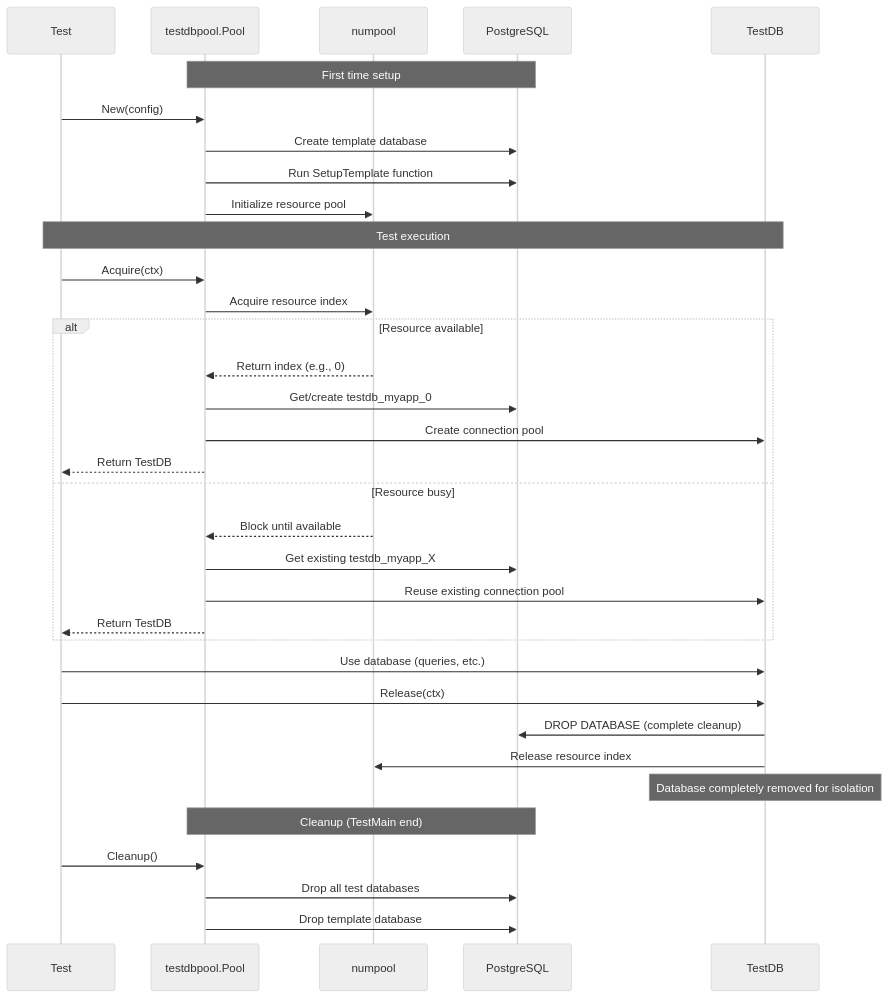
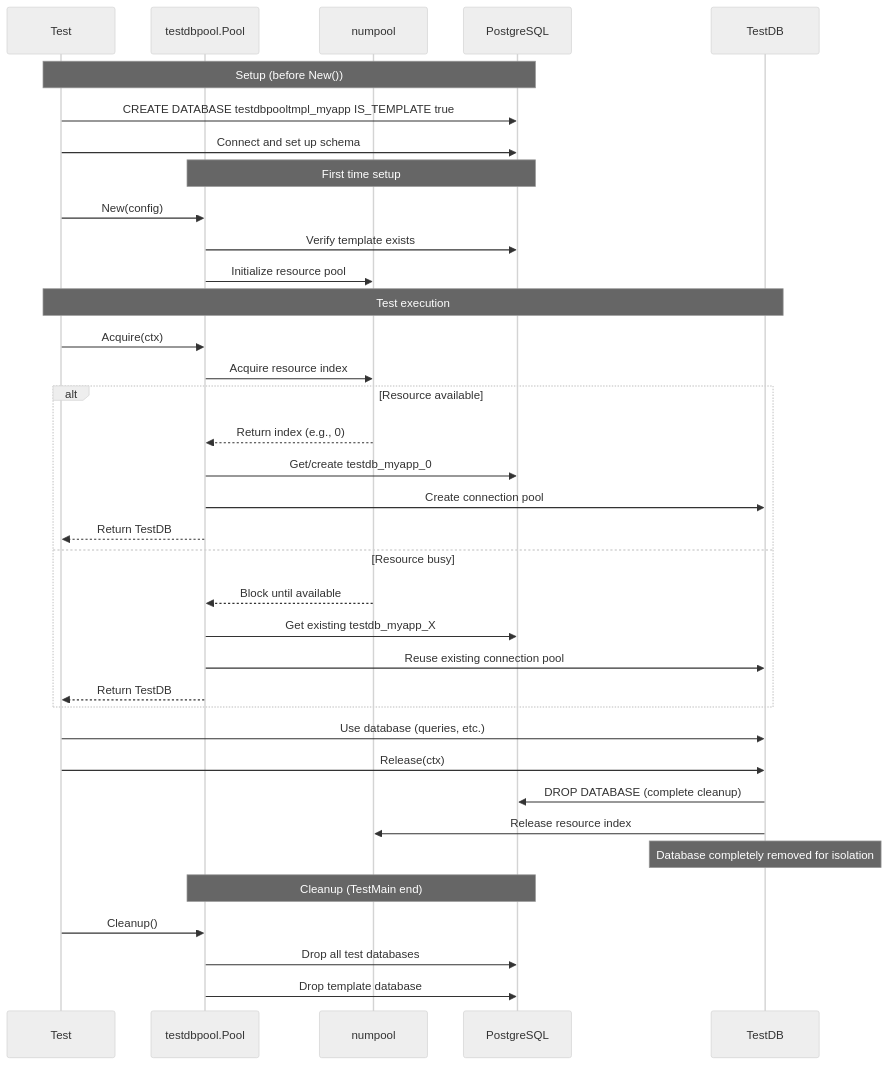
Before and after one commit to yuku/testdbpool: the diagram in README.md, drawn with Mermaid (neutral theme). The commit also changed other lines of this file and 1 other file, not shown here.

````diff
--- a/README.md
+++ b/README.md
@@ -430,40 +524,43 @@
 ```mermaid
 sequenceDiagram
     participant T as Test
     participant P as testdbpool.Pool
     participant N as numpool
     participant PG as PostgreSQL
     participant TD as TestDB
 
+    Note over T,PG: Setup (before New())
+    T->>PG: CREATE DATABASE testdbpooltmpl_myapp IS_TEMPLATE true
+    T->>PG: Connect and set up schema
+
     Note over P,PG: First time setup
     T->>P: New(config)
-    P->>PG: Create template database
-    P->>PG: Run SetupTemplate function
+    P->>PG: Verify template exists
     P->>N: Initialize resource pool
 
     Note over T,TD: Test execution
     T->>P: Acquire(ctx)
     P->>N: Acquire resource index
     alt Resource available
         N-->>P: Return index (e.g., 0)
         P->>PG: Get/create testdb_myapp_0
         P->>TD: Create connection pool
         P-->>T: Return TestDB
     else Resource busy
         N-->>P: Block until available
         P->>PG: Get existing testdb_myapp_X
         P->>TD: Reuse existing connection pool
         P-->>T: Return TestDB
     end
 
     T->>TD: Use database (queries, etc.)
     T->>TD: Release(ctx)
     TD->>PG: DROP DATABASE (complete cleanup)
     TD->>N: Release resource index
     Note over TD: Database completely removed for isolation
 
     Note over P,PG: Cleanup (TestMain end)
     T->>P: Cleanup()
     P->>PG: Drop all test databases
     P->>PG: Drop template database
 ```
````
